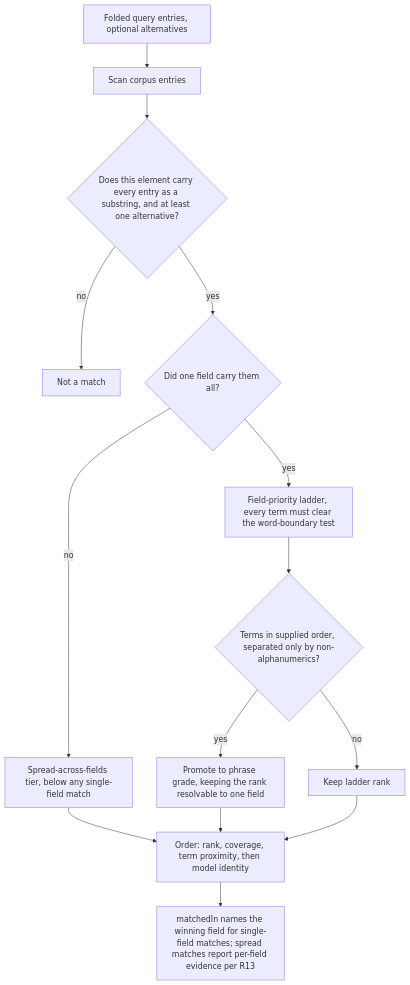
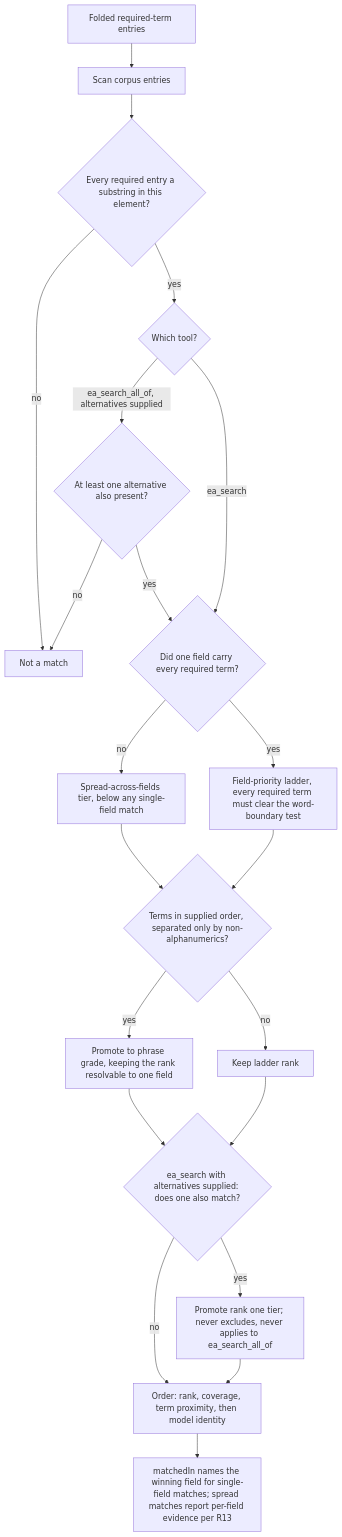
The diagram in docs/plans/2026-08-30-001-feat-multi-term-search-plan.md (mm6502/enterprise-architect-mcp), drawn with Mermaid before and after one commit. The commit also changed other lines of this file, not shown here.

Commit message:
docs(plan): fix ranking pipeline diagram and AE4 for the two-tool shape
Follow-up to bd10c0c: two inconsistencies survived the R4/R17/R18 rewrite.

- The Ranking pipeline mermaid diagram still gated matching on 'and at least one
  alternative' unconditionally, i.e. filter-only semantics baked into a single shared
  pipeline. Split it so ea_search_all_of folds the alternative into the match test
  (excludes) while ea_search runs the normal ladder and only promotes rank afterwards
  (never excludes) - the two tools now visibly diverge after the required-term match.
- AE4 demonstrated only the filter behaviour without naming which tool it covers, and
  no acceptance example existed for ea_search's rank-only behaviour at all. Renamed AE4
  to name ea_search_all_of explicitly and added AE4a for ea_search's promote-not-exclude
  behaviour on the same fixture family.

````diff
--- a/docs/plans/2026-08-30-001-feat-multi-term-search-plan.md
+++ b/docs/plans/2026-08-30-001-feat-multi-term-search-plan.md
@@ -118,16 +118,23 @@
 ```mermaid
 flowchart TB
-  Q[Folded query entries, optional alternatives] --> S[Scan corpus entries]
-  S --> C{Does this element carry every entry as a substring, and at least one alternative?}
+  Q[Folded required-term entries] --> S[Scan corpus entries]
+  S --> C{Every required entry a substring in this element?}
   C -->|no| X[Not a match]
-  C -->|yes| F{Did one field carry them all?}
-  F -->|yes| L[Field-priority ladder, every term must clear the word-boundary test]
+  C -->|yes| T{Which tool?}
+  T -->|ea_search_all_of, alternatives supplied| N{At least one alternative also present?}
+  N -->|no| X
+  N -->|yes| F
+  T -->|ea_search| F{Did one field carry every required term?}
+  F -->|yes| L[Field-priority ladder, every required term must clear the word-boundary test]
   F -->|no| D[Spread-across-fields tier, below any single-field match]
-  D --> O
+  D --> A
   L --> A{Terms in supplied order, separated only by non-alphanumerics?}
   A -->|yes| P[Promote to phrase grade, keeping the rank resolvable to one field]
   A -->|no| K[Keep ladder rank]
-  P --> O[Order: rank, coverage, term proximity, then model identity]
-  K --> O
+  P --> RK
+  K --> RK{ea_search with alternatives supplied: does one also match?}
+  RK -->|yes| PR[Promote rank one tier; never excludes, never applies to ea_search_all_of]
+  RK -->|no| O
+  PR --> O[Order: rank, coverage, term proximity, then model identity]
   O --> M[matchedIn names the winning field for single-field matches; spread matches report per-field evidence per R13]
 ```
````
